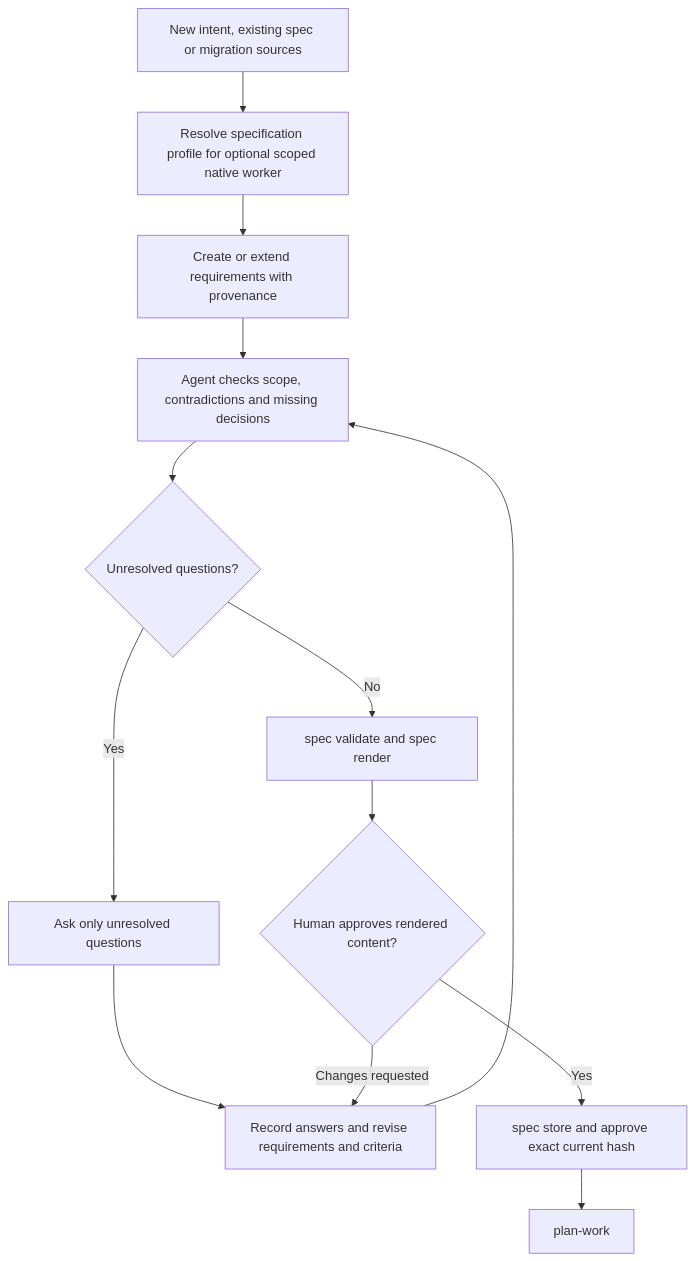
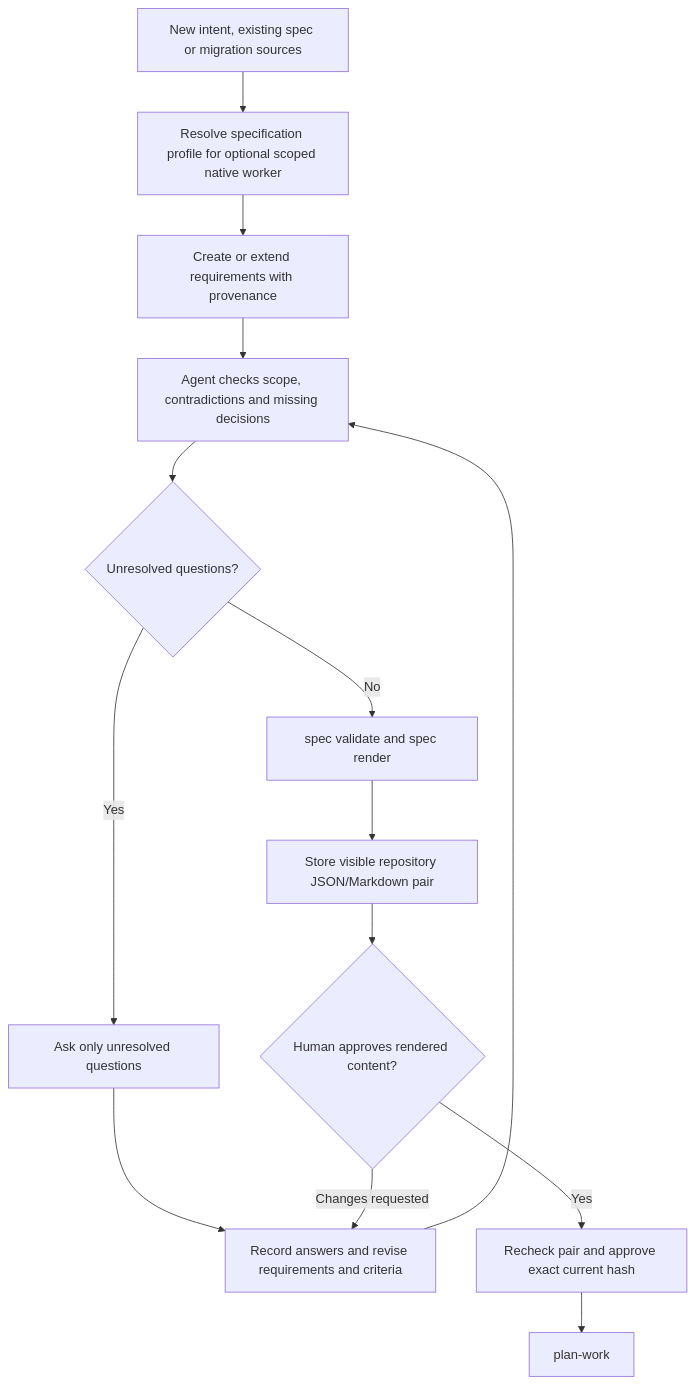
The diagram in skills/specify/SKILL.md (wgentil/devflow), drawn with Mermaid before and after one commit. The commit also changed other lines of this file and 11 other files, not shown here.

Commit message:
feat(specify): store visible repository spec pairs and bind approval

````diff
--- a/skills/specify/SKILL.md
+++ b/skills/specify/SKILL.md
@@ -10,15 +10,16 @@
 ```mermaid
 flowchart TD
     Input["New intent, existing spec or migration sources"] --> Native["Resolve specification profile for optional scoped native worker"]
     Native --> Draft["Create or extend requirements with provenance"]
     Draft --> Inspect["Agent checks scope, contradictions and missing decisions"]
     Inspect --> Gaps{"Unresolved questions?"}
     Gaps -->|Yes| Ask["Ask only unresolved questions"]
     Ask --> Revise["Record answers and revise requirements and criteria"]
     Revise --> Inspect
     Gaps -->|No| Validate["spec validate and spec render"]
-    Validate --> Human{"Human approves rendered content?"}
+    Validate --> Store["Store visible repository JSON/Markdown pair"]
+    Store --> Human{"Human approves rendered content?"}
     Human -->|Changes requested| Revise
-    Human -->|Yes| Approve["spec store and approve exact current hash"]
+    Human -->|Yes| Approve["Recheck pair and approve exact current hash"]
     Approve --> Plan["plan-work"]
 ```
````
